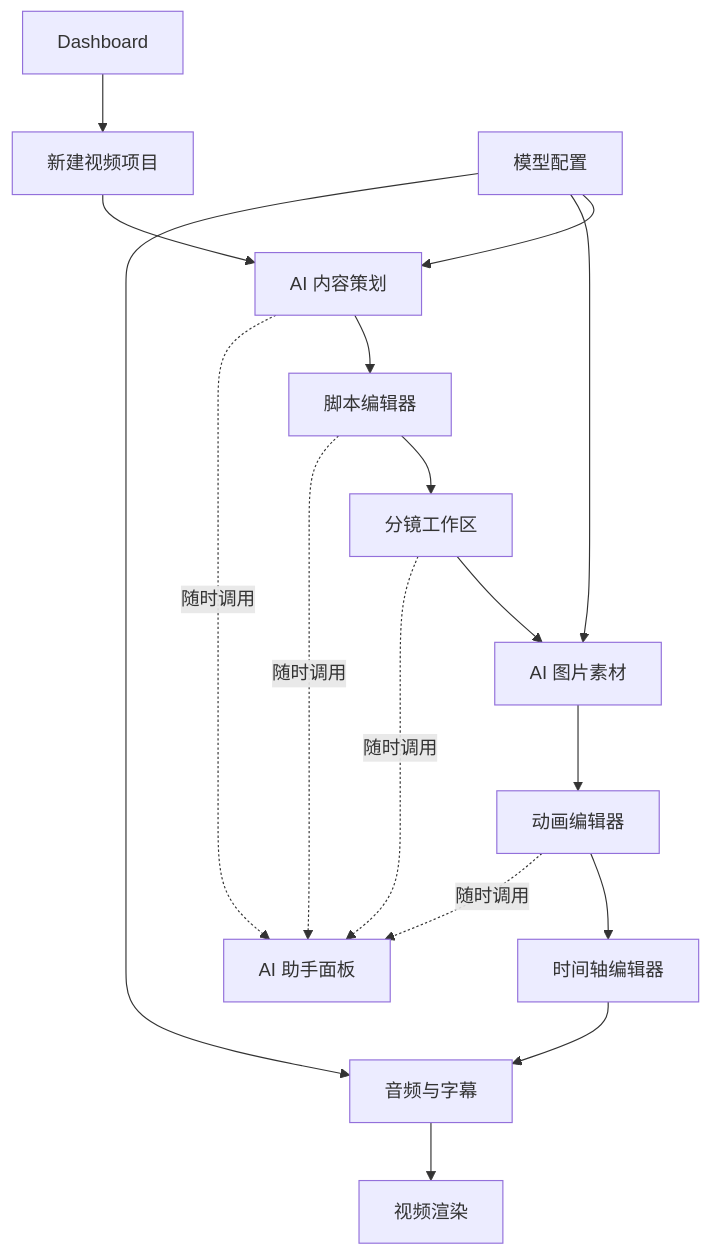
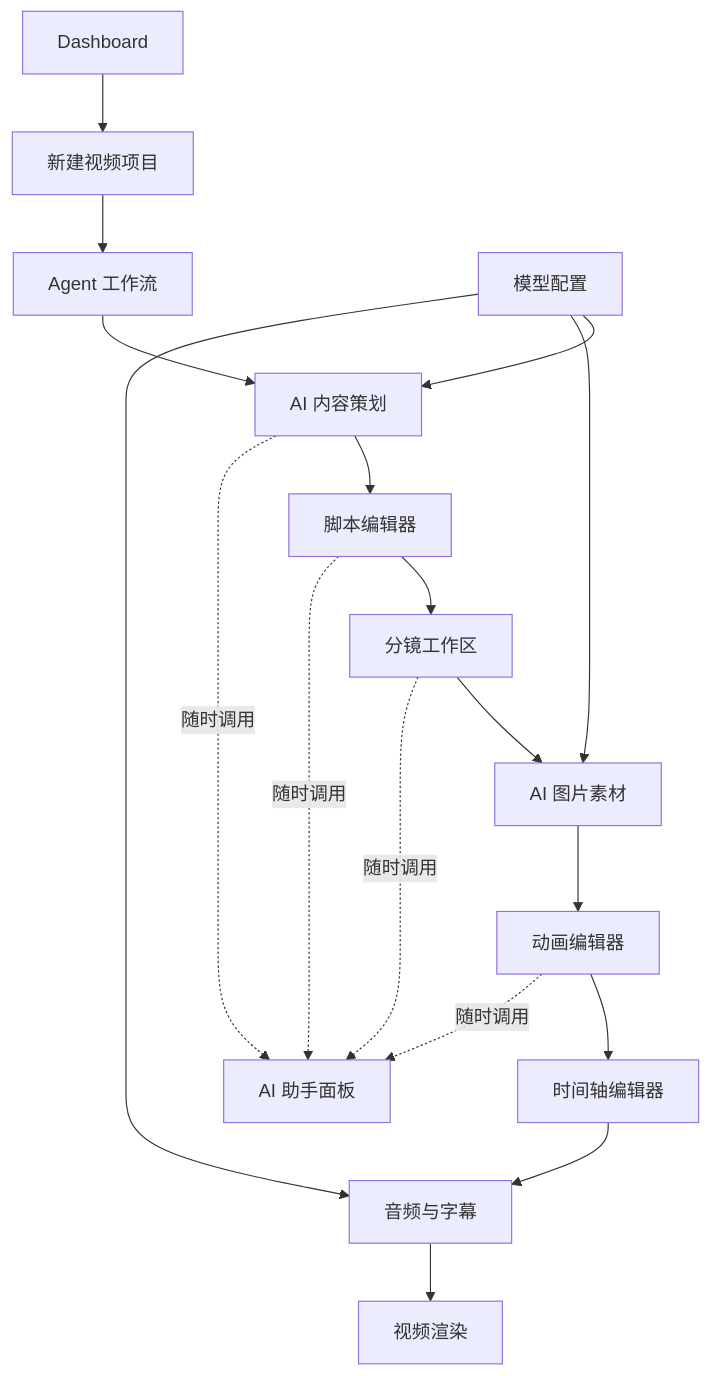
Before and after one commit to hadesgo/KnowMotion-AI-Studio: the first of 2 diagrams in docs/UI_DESIGN.md, drawn with Mermaid. The commit also changed other lines of this file and 18 other files, not shown here.

````diff
--- a/docs/UI_DESIGN.md
+++ b/docs/UI_DESIGN.md
@@ -61,19 +61,20 @@
 ```mermaid
 flowchart TD
     D[Dashboard] --> N[新建视频项目]
-    N --> P[AI 内容策划]
+    N --> W[Agent 工作流]
+    W --> P[AI 内容策划]
     P --> S[脚本编辑器]
     S --> B[分镜工作区]
     B --> I[AI 图片素材]
     I --> A[动画编辑器]
     A --> T[时间轴编辑器]
     T --> U[音频与字幕]
     U --> R[视频渲染]
     P -. 随时调用 .-> H[AI 助手面板]
     S -. 随时调用 .-> H
     B -. 随时调用 .-> H
     A -. 随时调用 .-> H
     G[模型配置] --> P
     G --> I
     G --> U
 ```
````
